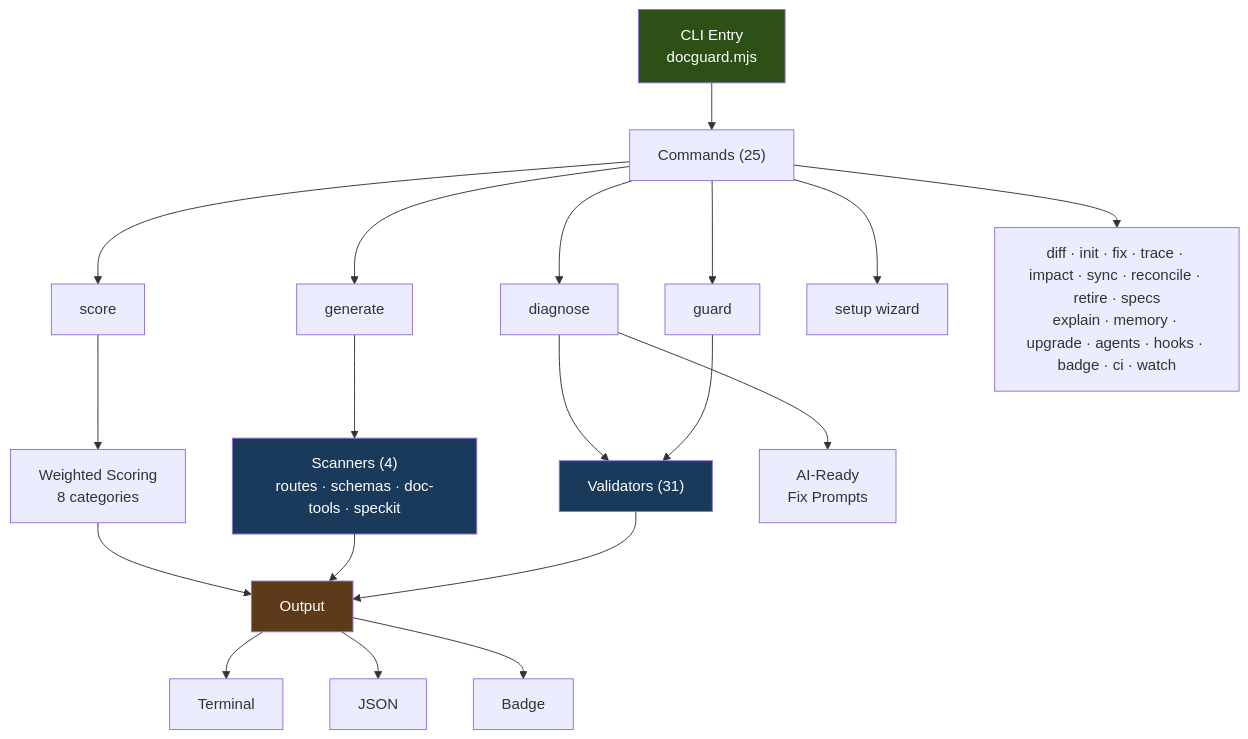
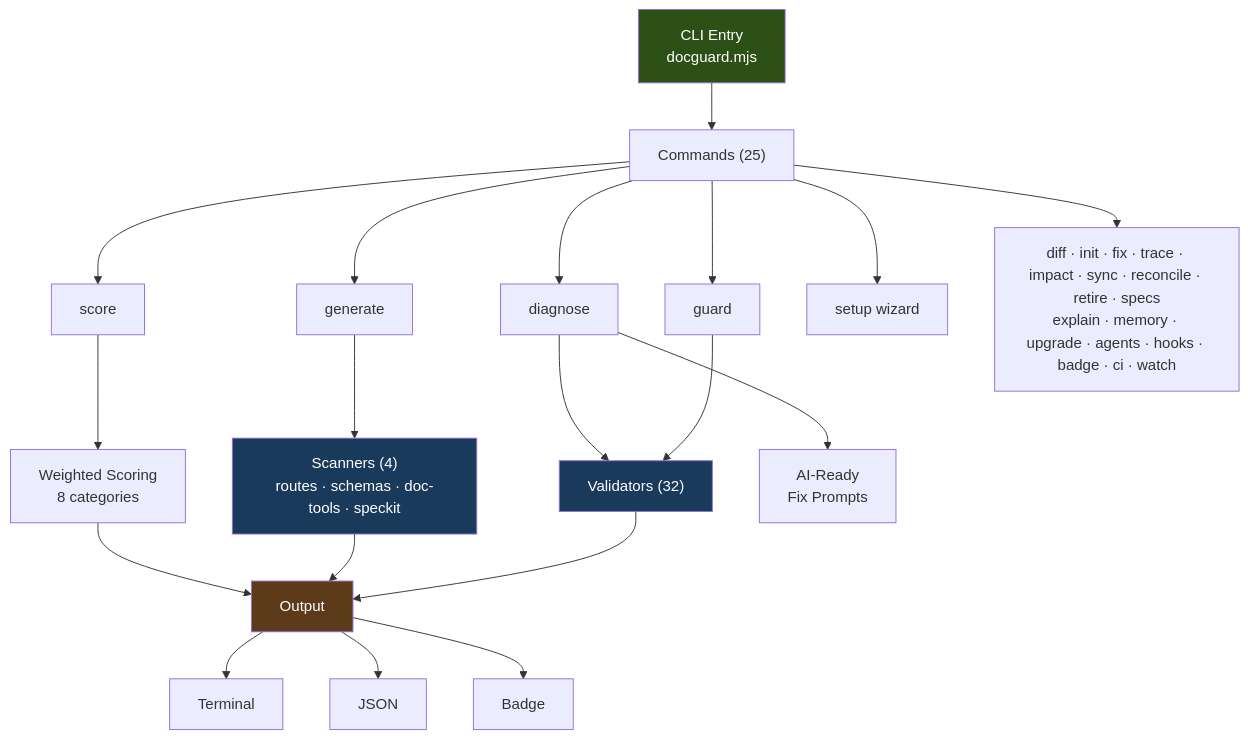
One commit to raccioly/docguard changed the diagram in README.md. Above: the diagram before and after it, drawn with Mermaid. The commit also changed other lines of this file and 27 other files, not shown here.

````diff
--- a/README.md
+++ b/README.md
@@ -71,28 +71,28 @@
 ```mermaid
 graph TD
     CLI["CLI Entry<br/>docguard.mjs"] --> Commands["Commands (25)"]
     Commands --> guard["guard"]
     Commands --> generate["generate"]
     Commands --> score["score"]
     Commands --> diagnose["diagnose"]
     Commands --> setup["setup wizard"]
     Commands --> other["diff · init · fix · trace · impact · sync · reconcile · retire · specs<br/>explain · memory · upgrade · agents · hooks · badge · ci · watch"]
 
-    guard --> Validators["Validators (31)"]
+    guard --> Validators["Validators (32)"]
     generate --> Scanners["Scanners (4)<br/>routes · schemas · doc-tools · speckit"]
     score --> Scoring["Weighted Scoring<br/>8 categories"]
     diagnose --> Validators
     diagnose --> AIPrompts["AI-Ready<br/>Fix Prompts"]
 
     Validators --> Output["Output"]
     Scanners --> Output
     Scoring --> Output
     Output --> Terminal["Terminal"]
     Output --> JSON["JSON"]
     Output --> Badge["Badge"]
 
     style CLI fill:#2d5016,color:#fff
     style Validators fill:#1a3a5c,color:#fff
     style Scanners fill:#1a3a5c,color:#fff
     style Output fill:#5c3a1a,color:#fff
 ```
````
